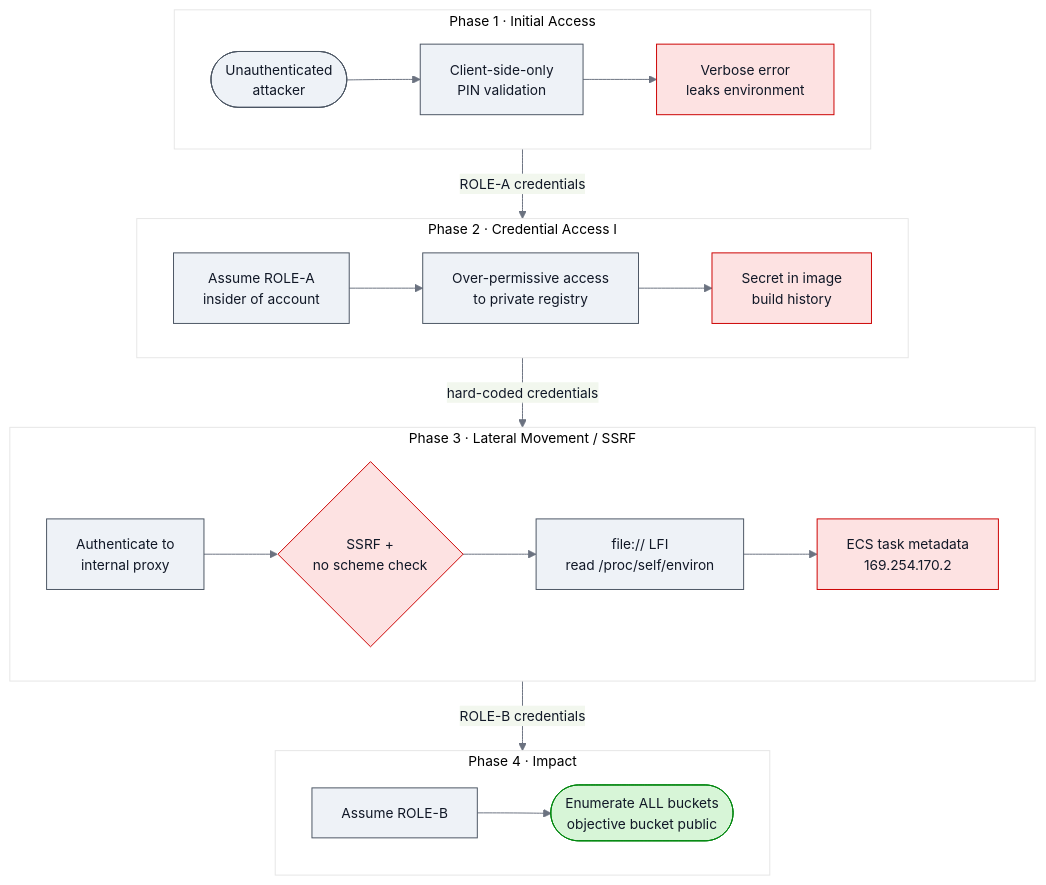
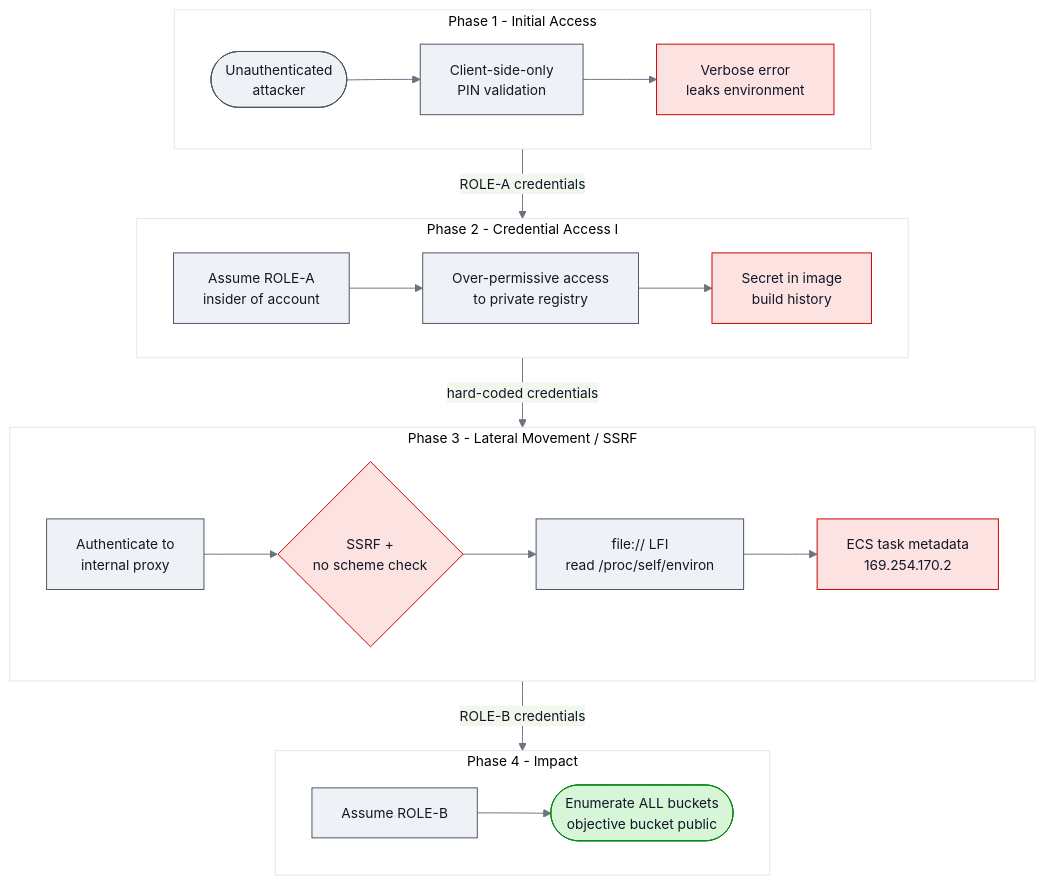
Before and after one commit to abmanaf-prog/aws-attack-path-flaws2: the diagram in README.md, drawn with Mermaid. The commit also changed other lines of this file and 6 other files, not shown here.

Commit message:
Address peer review: fix detection IP logic, GuardDuty mapping, title scope, spoiler wording; add P8 cred-binding + SSRF caveats; refine ATT&CK/CWE; fix Mermaid entities

````diff
--- a/README.md
+++ b/README.md
@@ -46,38 +50,38 @@
 ```mermaid
 %%{init: {'theme':'base', 'themeVariables': {
   'fontSize':'14px',
   'lineColor':'#6b7280',
   'primaryColor':'#eef2f7',
   'primaryTextColor':'#111827',
   'primaryBorderColor':'#4b5563'
 }}}%%
 flowchart TD
-    subgraph P1 [Phase 1 &middot; Initial Access]
+    subgraph P1 [Phase 1 - Initial Access]
       direction LR
       A([Unauthenticated<br/>attacker]) --> B[Client-side-only<br/>PIN validation] --> C[Verbose error<br/>leaks environment]
     end
-    subgraph P2 [Phase 2 &middot; Credential Access I]
+    subgraph P2 [Phase 2 - Credential Access I]
       direction LR
       D[Assume ROLE-A<br/>insider of account] --> E[Over-permissive access<br/>to private registry] --> F[Secret in image<br/>build history]
     end
-    subgraph P3 [Phase 3 &middot; Lateral Movement / SSRF]
+    subgraph P3 [Phase 3 - Lateral Movement / SSRF]
       direction LR
       G[Authenticate to<br/>internal proxy] --> H{SSRF +<br/>no scheme check} --> I[file:// LFI<br/>read /proc/self/environ] --> J[ECS task metadata<br/>169.254.170.2]
     end
-    subgraph P4 [Phase 4 &middot; Impact]
+    subgraph P4 [Phase 4 - Impact]
       direction LR
       K[Assume ROLE-B] --> L([Enumerate ALL buckets<br/>objective bucket public])
     end
 
     C -->|ROLE-A credentials| D
     F -->|hard-coded credentials| G
     J -->|ROLE-B credentials| K
 
     classDef step fill:#eef2f7,stroke:#4b5563,color:#111827;
     classDef danger fill:#fde2e2,stroke:#cc0000,color:#111827;
     classDef goal fill:#d7f5d7,stroke:#00870e,color:#111827;
 
     class A,B,D,E,G,I,K step;
     class C,F,H,J danger;
     class L goal;
 ```
````
